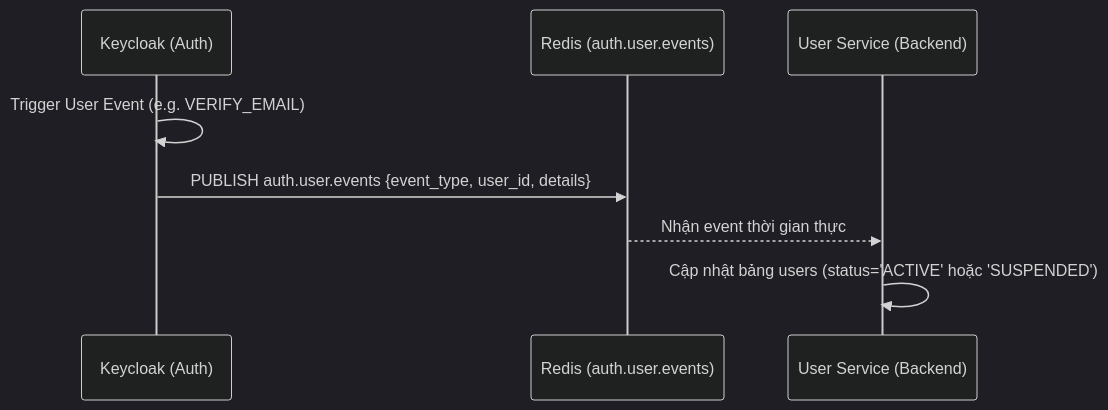
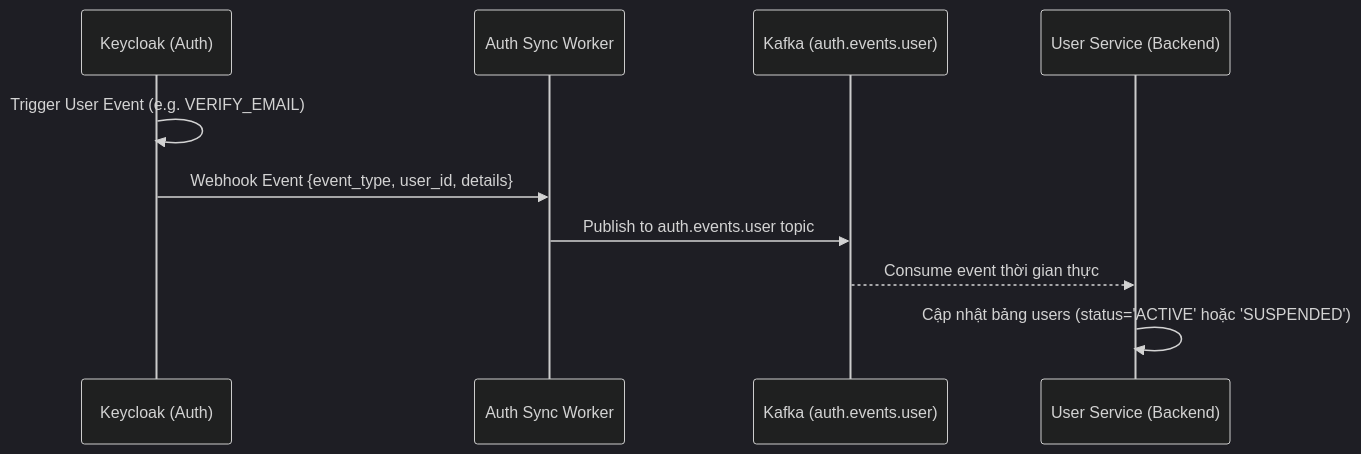
The sixth of 6 diagrams in specs/services/auth/design.md (hugg4u/solavie-platform), drawn with Mermaid (dark theme) before and after one commit. The commit also changed other lines of this file and 33 other files, not shown here.

Commit message:
docs: update architecture and service specs for 6 kafka event-driven flows

````diff
--- a/specs/services/auth/design.md
+++ b/specs/services/auth/design.md
@@ -345,11 +346,13 @@
 ```mermaid
 sequenceDiagram
     participant KC as Keycloak (Auth)
-    participant Redis as Redis (auth.user.events)
+    participant Worker as Auth Sync Worker
+    participant Kafka as Kafka (auth.events.user)
     participant US as User Service (Backend)
 
     KC->>KC: Trigger User Event (e.g. VERIFY_EMAIL)
-    KC->>Redis: PUBLISH auth.user.events {event_type, user_id, details}
-    Redis-->>US: Nhận event thời gian thực
+    KC->>Worker: Webhook Event {event_type, user_id, details}
+    Worker->>Kafka: Publish to auth.events.user topic
+    Kafka-->>US: Consume event thời gian thực
     US->>US: Cập nhật bảng users (status='ACTIVE' hoặc 'SUSPENDED')
 ```
````
